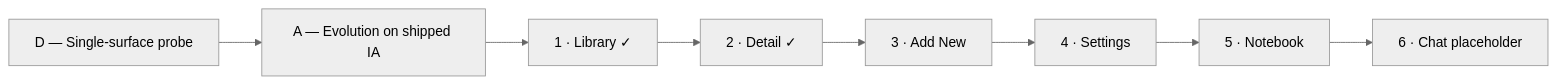
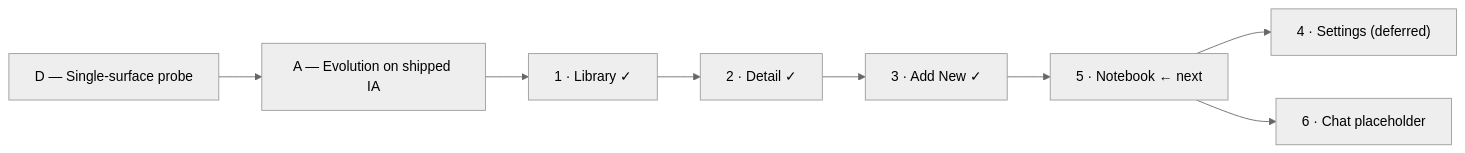
One commit to Danjohnsonnj/phathom changed the diagram in docs/handoff/library-ui-evolution.md. Above: the diagram before and after it, drawn with Mermaid (neutral theme). The commit also changed other lines of this file and 5 other files, not shown here.

````diff
--- a/docs/handoff/library-ui-evolution.md
+++ b/docs/handoff/library-ui-evolution.md
@@ -46,10 +52,10 @@
 ```mermaid
 flowchart LR
     D["D — Single-surface probe"] --> A["A — Evolution on shipped IA"]
     A --> Lib["1 · Library ✓"]
     Lib --> Det["2 · Detail ✓"]
-    Det --> Add["3 · Add New"]
-    Add --> Set["4 · Settings"]
-    Set --> NB["5 · Notebook"]
+    Det --> Add["3 · Add New ✓"]
+    Add --> NB["5 · Notebook ← next"]
+    NB --> Set["4 · Settings (deferred)"]
     NB --> Chat["6 · Chat placeholder"]
 ```
````
